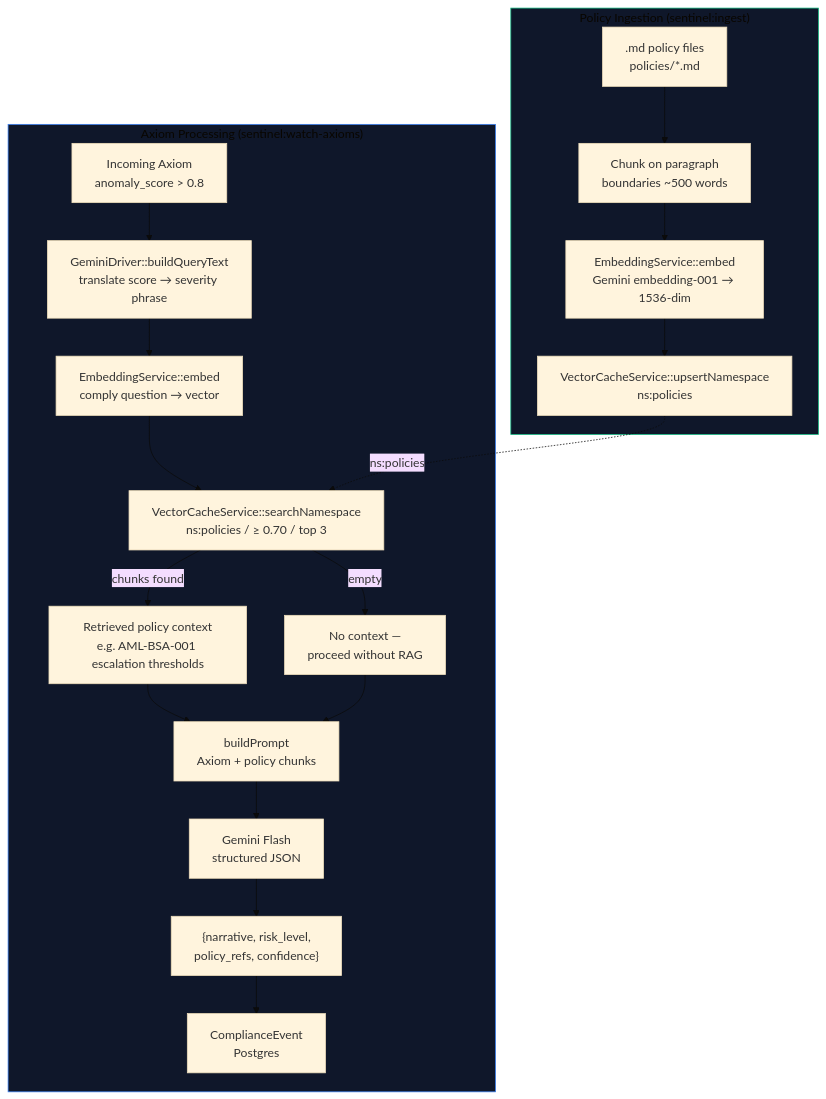
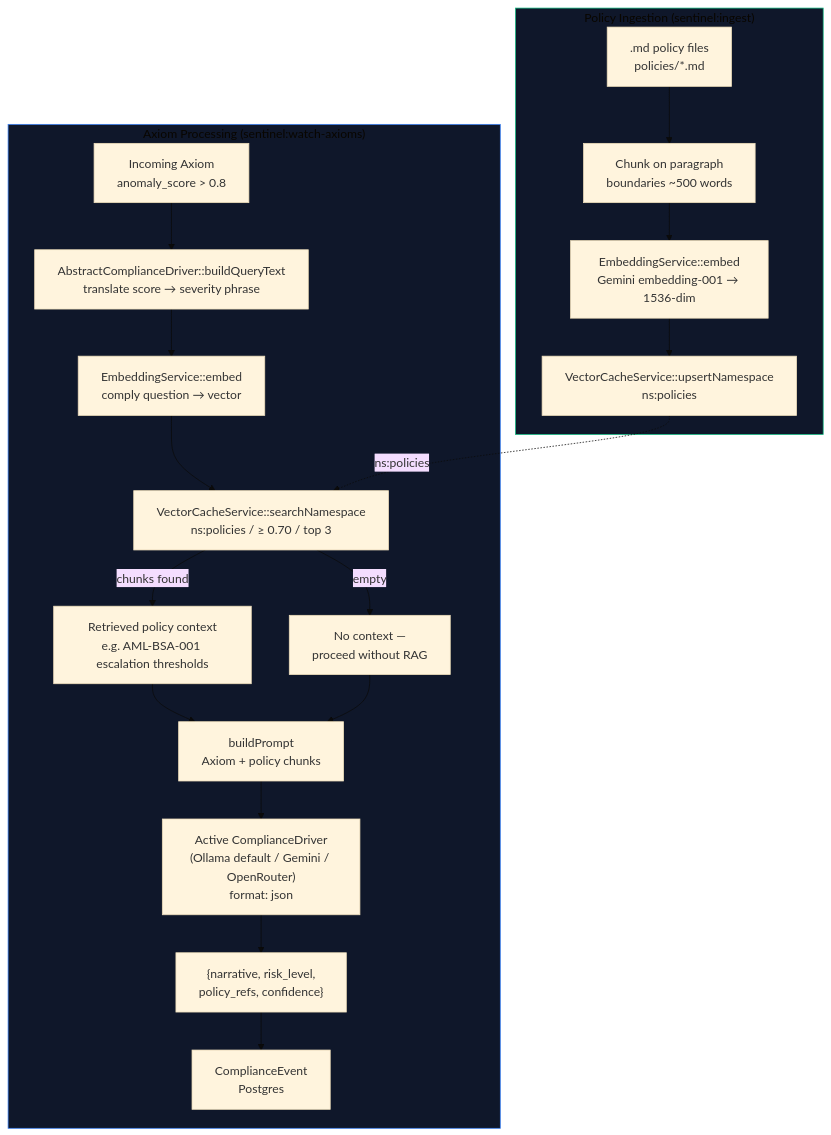
One commit to obrienma/sentinel-l7 changed the diagram in docs/diagrams/RAG_PIPELINE.md. Above: the diagram before and after it, drawn with Mermaid (base theme). The commit also changed other lines of this file and 15 other files, not shown here.

First line of the commit message:
feat(compliance): default SENTINEL_AI_DRIVER to ollama; ADR-0027 + doc sweep

````diff
--- a/docs/diagrams/RAG_PIPELINE.md
+++ b/docs/diagrams/RAG_PIPELINE.md
@@ -11,27 +11,27 @@
 ```mermaid
 flowchart TD
     subgraph Ingestion["Policy Ingestion (sentinel:ingest)"]
         MD[".md policy files\npolicies/*.md"] --> Chunk["Chunk on paragraph\nboundaries ~500 words"]
         Chunk --> Embed1["EmbeddingService::embed\nGemini embedding-001 → 1536-dim"]
         Embed1 --> Upsert["VectorCacheService::upsertNamespace\nns:policies"]
     end
 
     subgraph Runtime["Axiom Processing (sentinel:watch-axioms)"]
-        AX[Incoming Axiom\nanomaly_score > 0.8] --> Query["GeminiDriver::buildQueryText\ntranslate score → severity phrase"]
+        AX[Incoming Axiom\nanomaly_score > 0.8] --> Query["AbstractComplianceDriver::buildQueryText\ntranslate score → severity phrase"]
         Query --> Embed2["EmbeddingService::embed\ncomply question → vector"]
         Embed2 --> PolicySearch["VectorCacheService::searchNamespace\nns:policies / ≥ 0.70 / top 3"]
 
         PolicySearch -->|chunks found| PolicyCtx["Retrieved policy context\ne.g. AML-BSA-001 escalation thresholds"]
         PolicySearch -->|empty| NoCtx["No context —\nproceed without RAG"]
 
         PolicyCtx & NoCtx --> Prompt["buildPrompt\nAxiom + policy chunks"]
-        Prompt --> Gemini["Gemini Flash\nstructured JSON"]
-        Gemini --> Result["{narrative, risk_level,\npolicy_refs, confidence}"]
+        Prompt --> Model["Active ComplianceDriver\n(Ollama default / Gemini / OpenRouter)\nformat: json"]
+        Model --> Result["{narrative, risk_level,\npolicy_refs, confidence}"]
         Result --> Persist["ComplianceEvent\nPostgres"]
     end
 
     Upsert -.->|ns:policies| PolicySearch
 
     style Ingestion fill:#0f172a,stroke:#10b981
     style Runtime fill:#0f172a,stroke:#3b82f6
 ```
````
